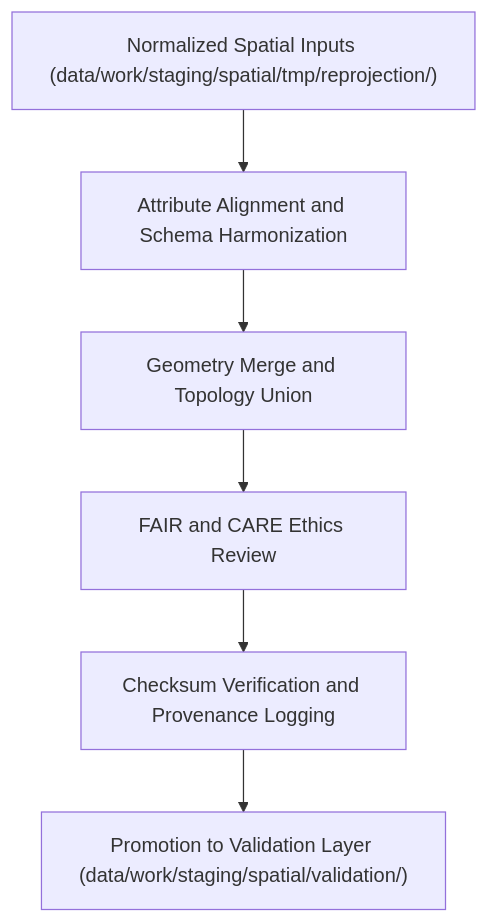
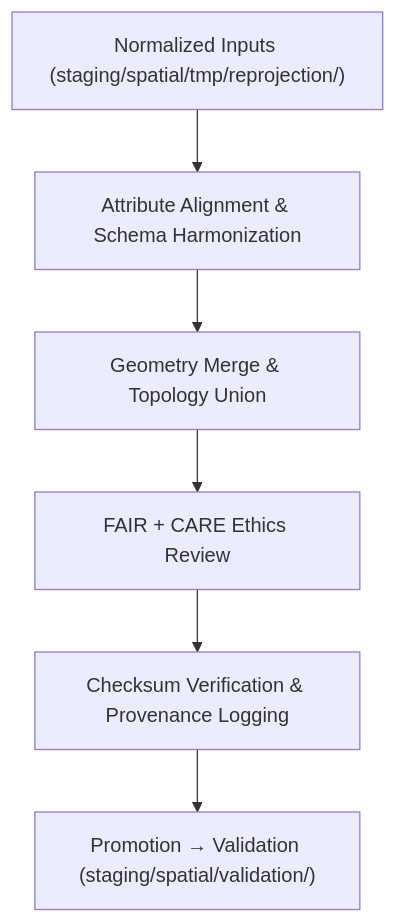
The diagram in data/work/staging/spatial/tmp/union_merge/README.md (bartytime4life/Kansas-Frontier-Matrix), drawn with Mermaid before and after one commit. The commit also changed other lines of this file, not shown here.

````diff
--- a/data/work/staging/spatial/tmp/union_merge/README.md
+++ b/data/work/staging/spatial/tmp/union_merge/README.md
@@ -62,8 +65,8 @@
 ```mermaid
 flowchart TD
-    A["Normalized Spatial Inputs (data/work/staging/spatial/tmp/reprojection/)"] --> B["Attribute Alignment and Schema Harmonization"]
-    B --> C["Geometry Merge and Topology Union"]
-    C --> D["FAIR and CARE Ethics Review"]
-    D --> E["Checksum Verification and Provenance Logging"]
-    E --> F["Promotion to Validation Layer (data/work/staging/spatial/validation/)"]
+    A["Normalized Inputs (staging/spatial/tmp/reprojection/)"] --> B["Attribute Alignment & Schema Harmonization"]
+    B --> C["Geometry Merge & Topology Union"]
+    C --> D["FAIR + CARE Ethics Review"]
+    D --> E["Checksum Verification & Provenance Logging"]
+    E --> F["Promotion → Validation (staging/spatial/validation/)"]
 ```
````
